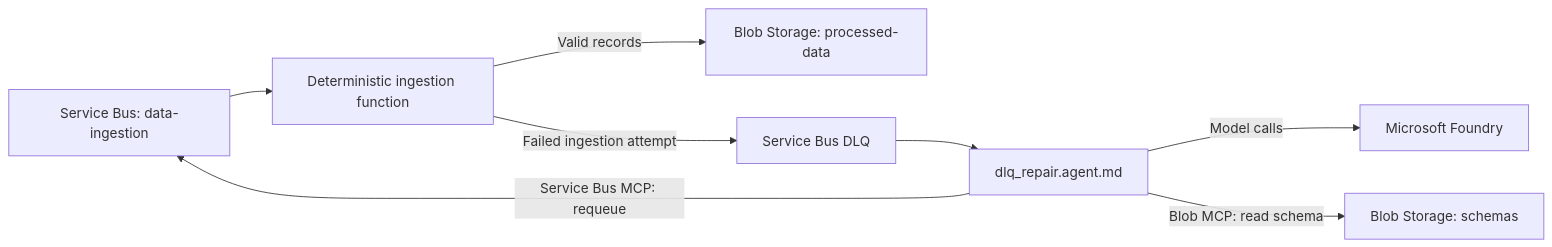
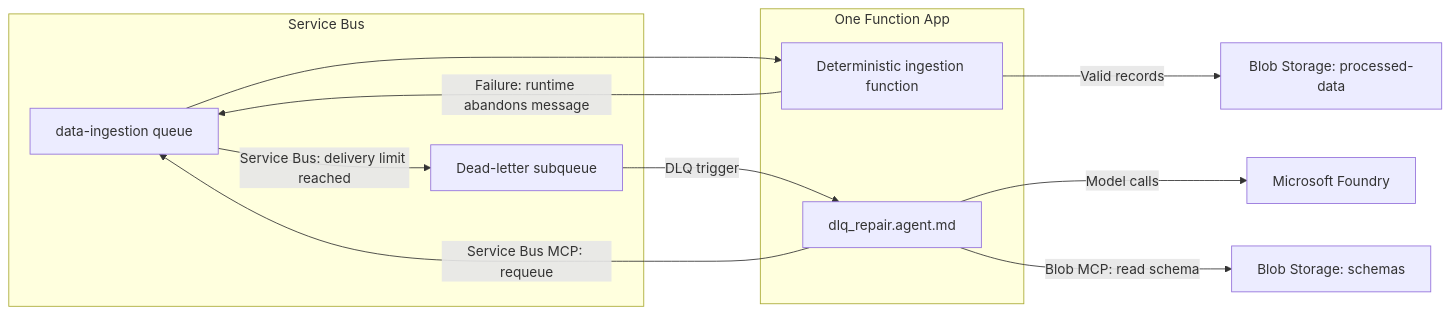
One commit to MadhuraBharadwaj-MSFT/azure-functions-hosted-skills-delivery-recovery changed the diagram in README.md. Above: the diagram before and after it, drawn with Mermaid. The commit also changed other lines of this file and 5 other files, not shown here.

Commit message:
Clarify ingestion flow and simplify hosted skill configuration

````diff
--- a/README.md
+++ b/README.md
@@ -190,10 +190,19 @@
 ```mermaid
 flowchart LR
-    Q[Service Bus: data-ingestion] --> I[Deterministic ingestion function]
+    subgraph SB[Service Bus]
+        Q[data-ingestion queue]
+        D[Dead-letter subqueue]
+    end
+    subgraph AF[One Function App]
+        I[Deterministic ingestion function]
+        S[dlq_repair.agent.md]
+    end
+    Q --> I
     I -->|Valid records| B[Blob Storage: processed-data]
-    I -->|Failed ingestion attempt| D[Service Bus DLQ]
-    D --> S[dlq_repair.agent.md]
+    I -->|Failure: runtime abandons message| Q
+    Q -->|Service Bus: delivery limit reached| D
+    D -->|DLQ trigger| S
     S -->|Model calls| M[Microsoft Foundry]
     S -->|Blob MCP: read schema| C[Blob Storage: schemas]
     S -->|Service Bus MCP: requeue| Q
 ```
````
